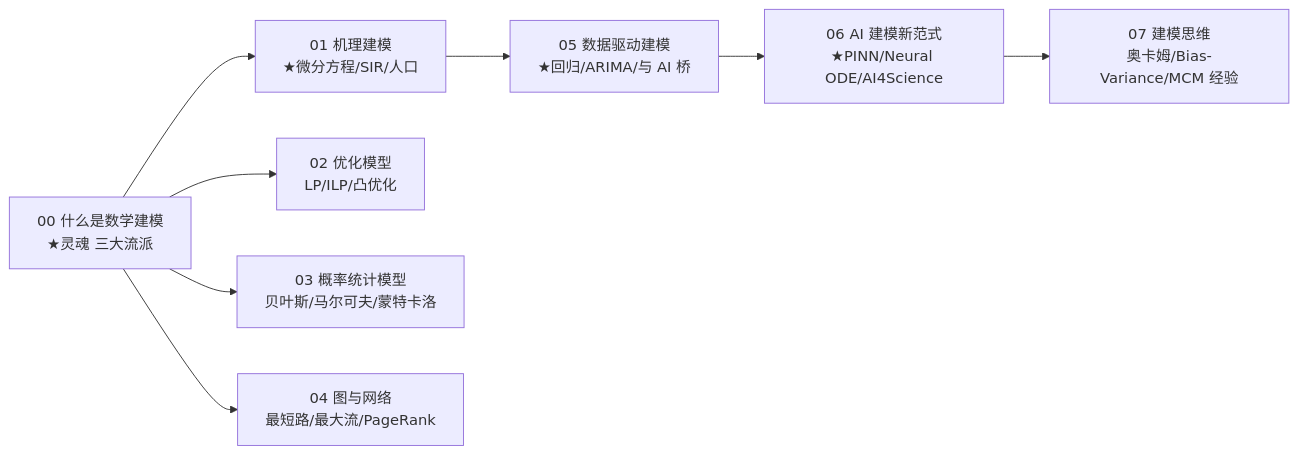
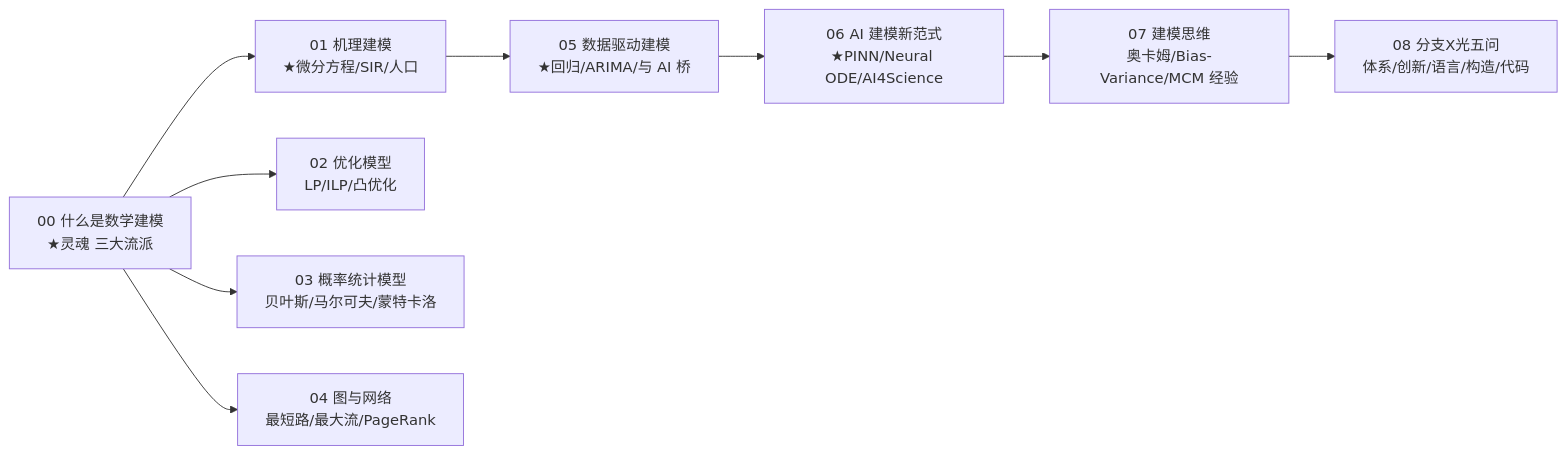
Before and after one commit to leemiracle/work4ai: the diagram in 讲透数学/讲透数学建模/README.md, drawn with Mermaid. The commit also changed other lines of this file and 2 other files, not shown here.

````diff
--- a/讲透数学/讲透数学建模/README.md
+++ b/讲透数学/讲透数学建模/README.md
@@ -49,10 +49,11 @@
 ```mermaid
 graph LR
     A["00 什么是数学建模<br/>★灵魂 三大流派"] --> B["01 机理建模<br/>★微分方程/SIR/人口"]
     A --> C["02 优化模型<br/>LP/ILP/凸优化"]
     A --> D["03 概率统计模型<br/>贝叶斯/马尔可夫/蒙特卡洛"]
     A --> E["04 图与网络<br/>最短路/最大流/PageRank"]
     B --> F["05 数据驱动建模<br/>★回归/ARIMA/与 AI 桥"]
     F --> G["06 AI 建模新范式<br/>★PINN/Neural ODE/AI4Science"]
     G --> H["07 建模思维<br/>奥卡姆/Bias-Variance/MCM 经验"]
+    H --> I["08 分支X光五问<br/>体系/创新/语言/构造/代码"]
 ```
````
